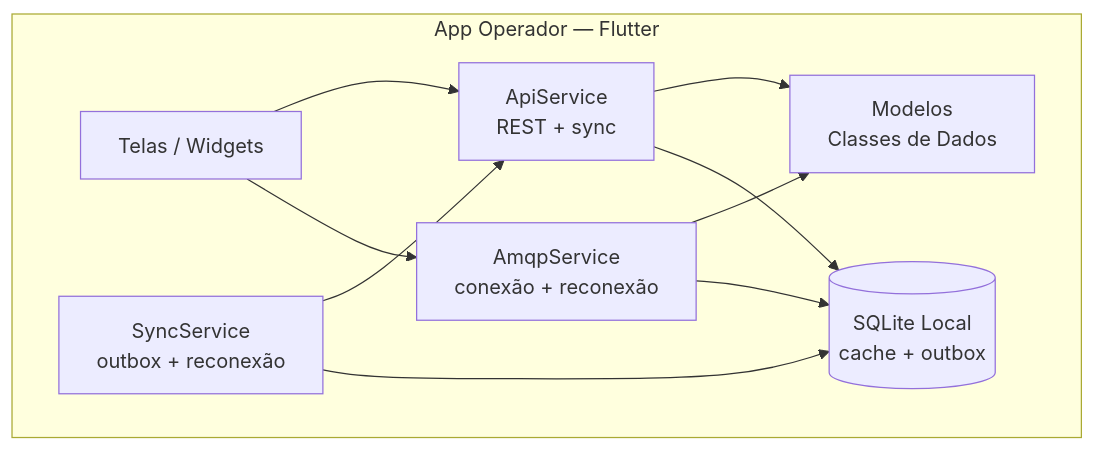
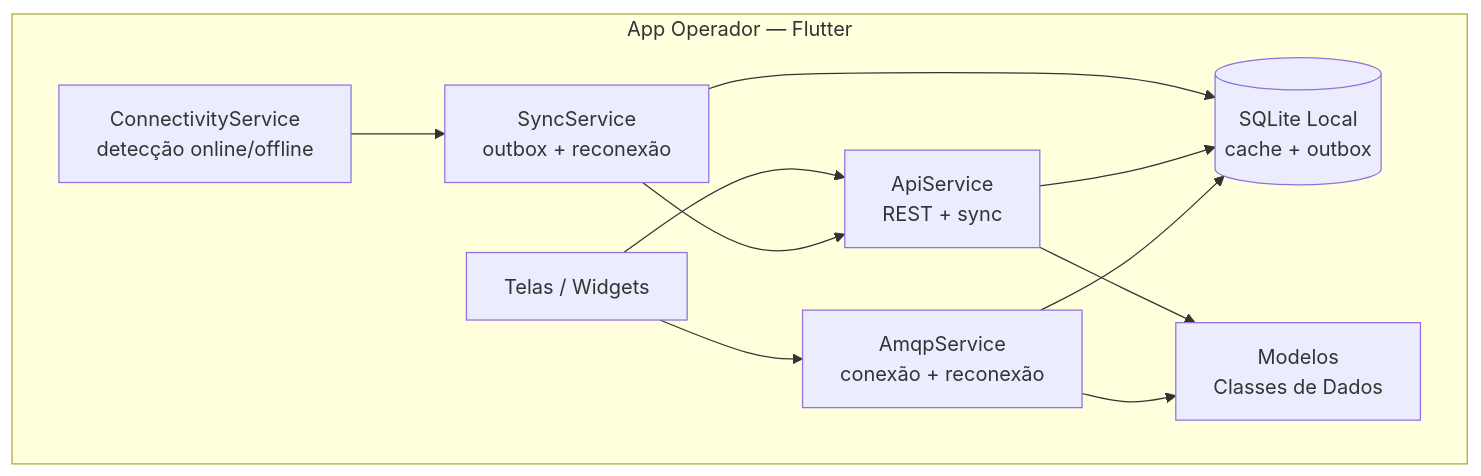
One commit to art1544/PlantOS-LAMD changed the sixth of 11 diagrams in docs/sprint1/arquitetura.md. Above: the diagram before and after it, drawn with Mermaid. The commit also changed other lines of this file and 36 other files, not shown here.

````diff
--- a/docs/sprint1/arquitetura.md
+++ b/docs/sprint1/arquitetura.md
@@ -236,20 +243,22 @@
 ```mermaid
 graph TB
     subgraph "App Operador — Flutter"
         UI[Telas / Widgets]
         SVC_API[ApiService<br/>REST + sync]
         SVC_MQ[AmqpService<br/>conexão + reconexão]
         SVC_SYNC[SyncService<br/>outbox + reconexão]
+        SVC_CONN[ConnectivityService<br/>detecção online/offline]
         MDL[Modelos<br/>Classes de Dados]
         DB_L[(SQLite Local<br/>cache + outbox)]
     end
 
     UI --> SVC_API
     UI --> SVC_MQ
+    SVC_CONN --> SVC_SYNC
+    SVC_SYNC --> SVC_API
+    SVC_SYNC --> DB_L
     SVC_API --> MDL
     SVC_MQ --> MDL
-    SVC_SYNC --> SVC_API
-    SVC_SYNC --> DB_L
     SVC_API --> DB_L
     SVC_MQ --> DB_L
 ```
````
